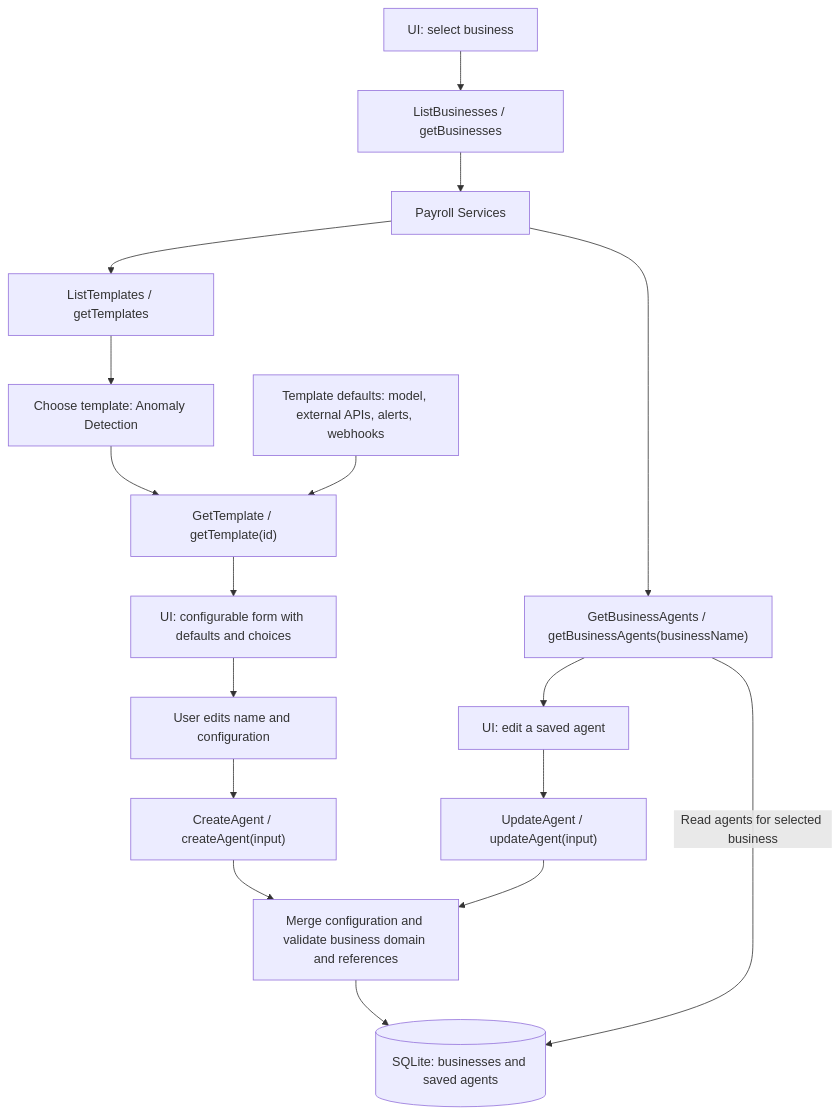
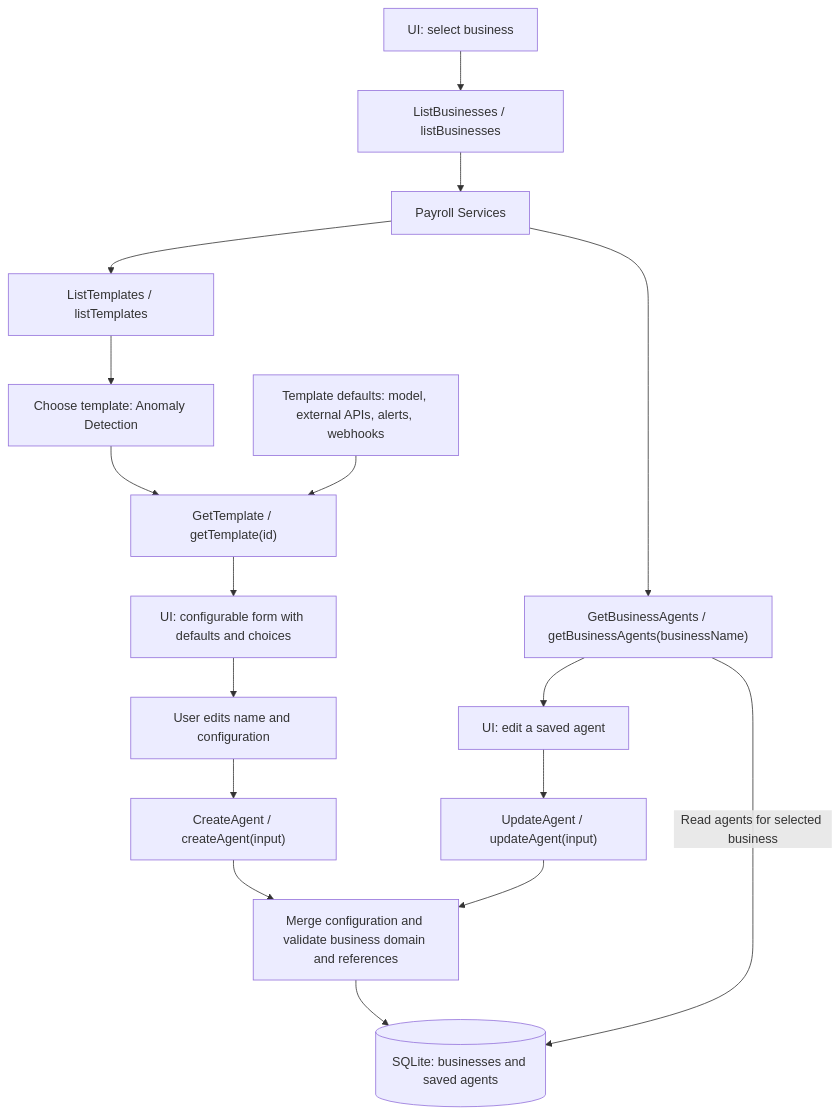
The first of 2 diagrams in backend/AGENTS.md (Tri-Hackathon-Inc/Payroll-Agent), drawn with Mermaid before and after one commit. The commit also changed other lines of this file and 11 other files, not shown here.

````diff
--- a/backend/AGENTS.md
+++ b/backend/AGENTS.md
@@ -43,19 +43,19 @@
 ```mermaid
 flowchart TD
-    UI["UI: select business"] --> Businesses["ListBusinesses / getBusinesses"]
+    UI["UI: select business"] --> Businesses["ListBusinesses / listBusinesses"]
     Businesses --> Business["Payroll Services"]
-    Business --> List["ListTemplates / getTemplates"]
+    Business --> List["ListTemplates / listTemplates"]
     List --> Choose["Choose template: Anomaly Detection"]
     Choose --> Detail["GetTemplate / getTemplate(id)"]
     Config["Template defaults: model, external APIs, alerts, webhooks"] --> Detail
     Detail --> Form["UI: configurable form with defaults and choices"]
     Form --> Input["User edits name and configuration"]
     Input --> Create["CreateAgent / createAgent(input)"]
     Create --> Validate["Merge configuration and validate business domain and references"]
     Validate --> DB[("SQLite: businesses and saved agents")]
     Business --> Agents["GetBusinessAgents / getBusinessAgents(businessName)"]
     Agents -->|Read agents for selected business| DB
     Agents --> Edit["UI: edit a saved agent"]
     Edit --> Update["UpdateAgent / updateAgent(input)"]
     Update --> Validate
 ```
````
